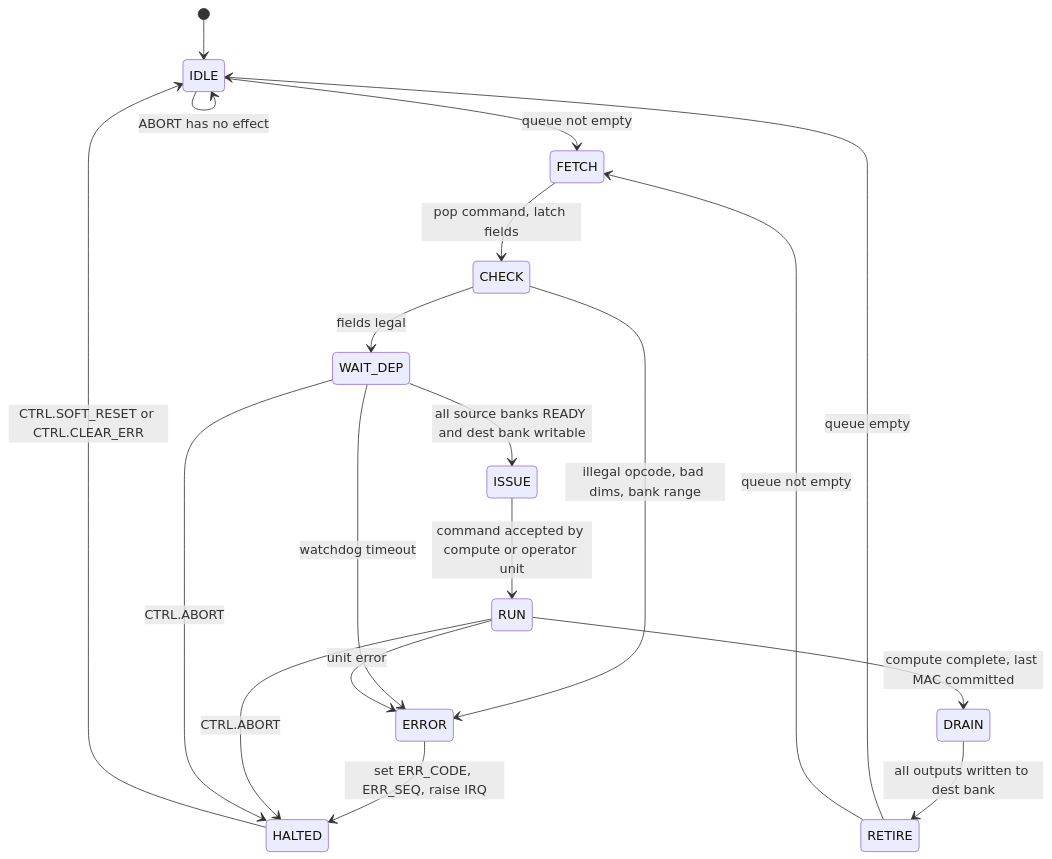
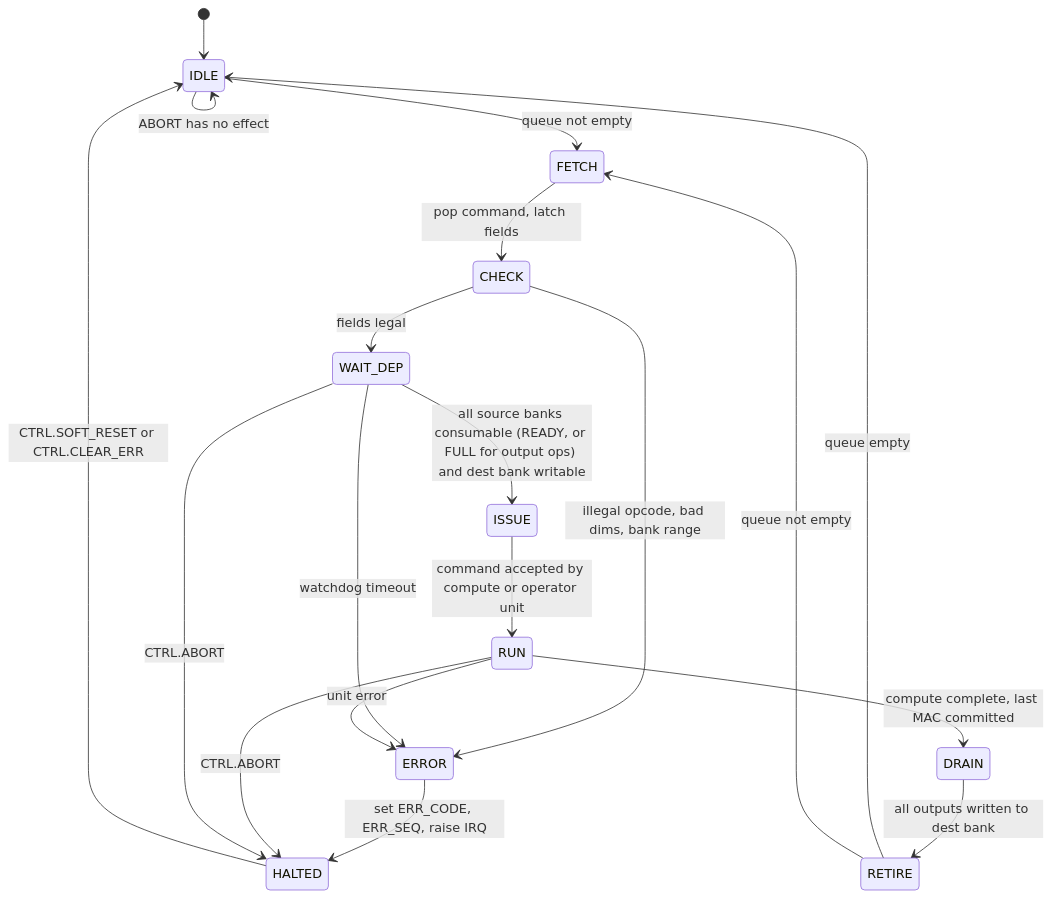
The third of 9 diagrams in docs/RISCV_Research.md (michaelgirg/raven), drawn with Mermaid before and after one commit. The commit also changed other lines of this file, not shown here.

````diff
--- a/docs/RISCV_Research.md
+++ b/docs/RISCV_Research.md
@@ -388,21 +390,21 @@
 ```mermaid
 stateDiagram-v2
     [*] --> IDLE
     IDLE --> FETCH: queue not empty
     FETCH --> CHECK: pop command, latch fields
     CHECK --> ERROR: illegal opcode, bad dims, bank range
     CHECK --> WAIT_DEP: fields legal
-    WAIT_DEP --> ISSUE: all source banks READY and dest bank writable
+    WAIT_DEP --> ISSUE: all source banks consumable (READY, or FULL for output ops) and dest bank writable
     WAIT_DEP --> ERROR: watchdog timeout
     ISSUE --> RUN: command accepted by compute or operator unit
     RUN --> DRAIN: compute complete, last MAC committed
     DRAIN --> RETIRE: all outputs written to dest bank
     RUN --> ERROR: unit error
     RETIRE --> IDLE: queue empty
     RETIRE --> FETCH: queue not empty
     ERROR --> HALTED: set ERR_CODE, ERR_SEQ, raise IRQ
     HALTED --> IDLE: CTRL.SOFT_RESET or CTRL.CLEAR_ERR
     IDLE --> IDLE: ABORT has no effect
     RUN --> HALTED: CTRL.ABORT
     WAIT_DEP --> HALTED: CTRL.ABORT
 ```
````
